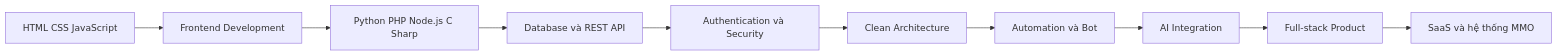
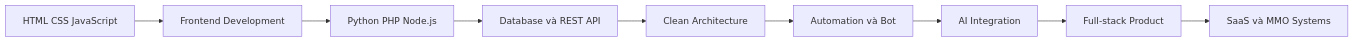
Before and after one commit to minhquan247/minhquan247: the second of 2 diagrams in README.md, drawn with Mermaid. The commit also changed other lines of this file, not shown here.

````diff
--- a/README.md
+++ b/README.md
@@ -955,12 +882,11 @@
 ```mermaid
 flowchart LR
     A[HTML CSS JavaScript] --> B[Frontend Development]
-    B --> C[Python PHP Node.js C Sharp]
+    B --> C[Python PHP Node.js]
     C --> D[Database và REST API]
-    D --> E[Authentication và Security]
-    E --> F[Clean Architecture]
-    F --> G[Automation và Bot]
-    G --> H[AI Integration]
-    H --> I[Full-stack Product]
-    I --> J[SaaS và hệ thống MMO]
+    D --> E[Clean Architecture]
+    E --> F[Automation và Bot]
+    F --> G[AI Integration]
+    G --> H[Full-stack Product]
+    H --> I[SaaS và MMO Systems]
 ```
````
